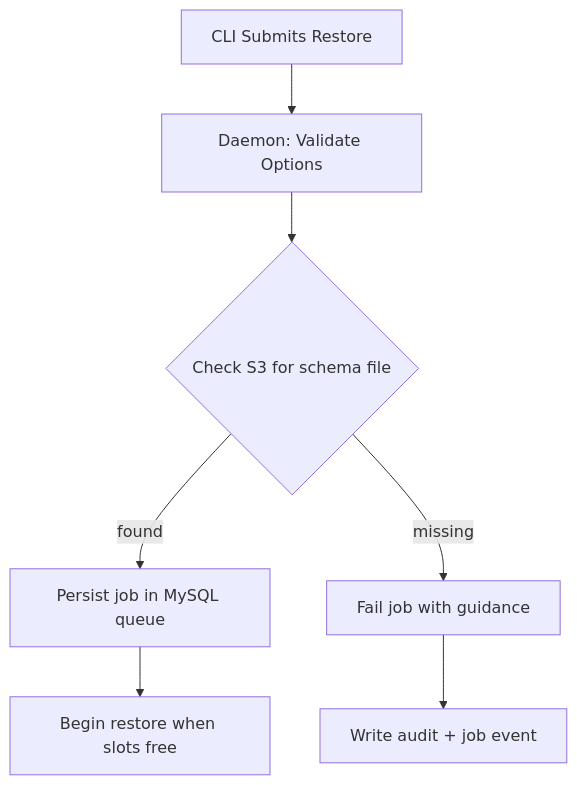
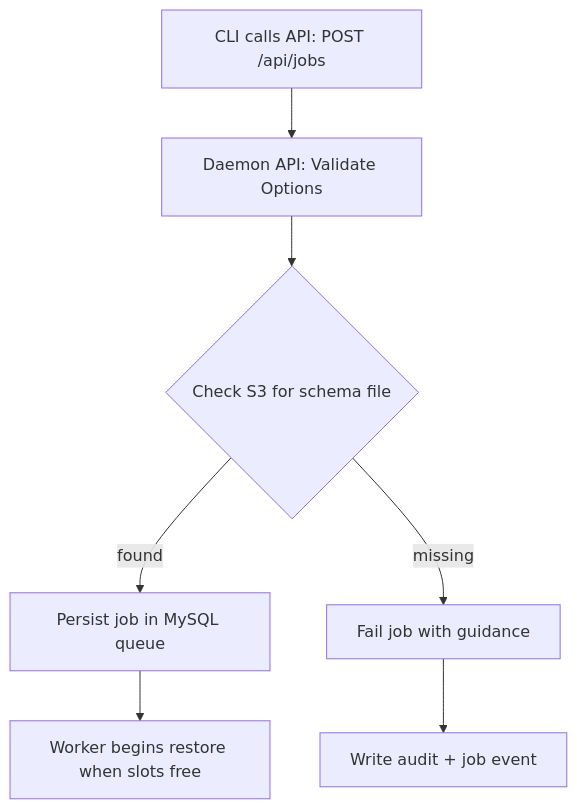
One commit to CharlesHandshy/pullDB changed the first of 6 diagrams in README.md. Above: the diagram before and after it, drawn with Mermaid. The commit also changed other lines of this file and 27 other files, not shown here.

````diff
--- a/README.md
+++ b/README.md
@@ -315,9 +329,9 @@
 ```mermaid
 flowchart TD
-  Agent["CLI Submits Restore"] --> Validate["Daemon: Validate Options"]
+  CLI["CLI calls API: POST /api/jobs"] --> Validate["Daemon API: Validate Options"]
   Validate --> S3Check{Check S3 for schema file}
   S3Check -->|found| QueueInsert["Persist job in MySQL queue"]
   S3Check -->|missing| FailFast["Fail job with guidance"]
-  QueueInsert --> StartRestore["Begin restore when slots free"]
+  QueueInsert --> StartRestore["Worker begins restore when slots free"]
   FailFast --> AuditLog["Write audit + job event"]
 ```
````
